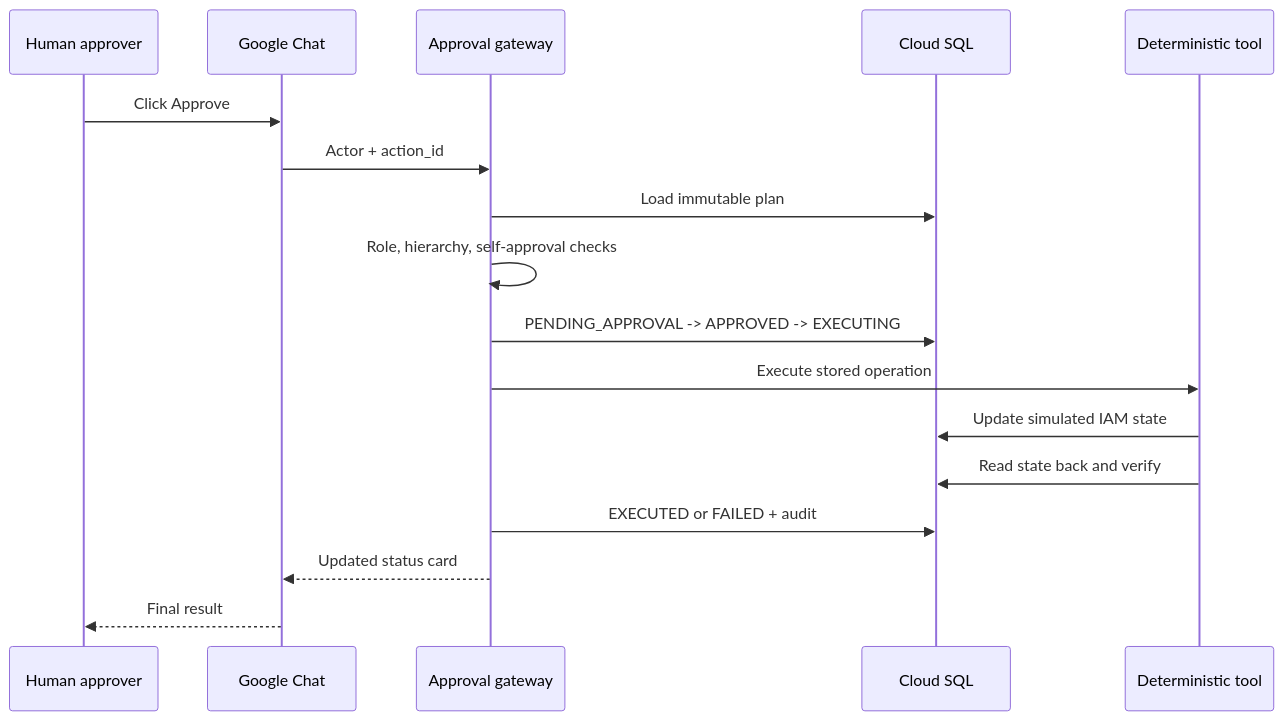
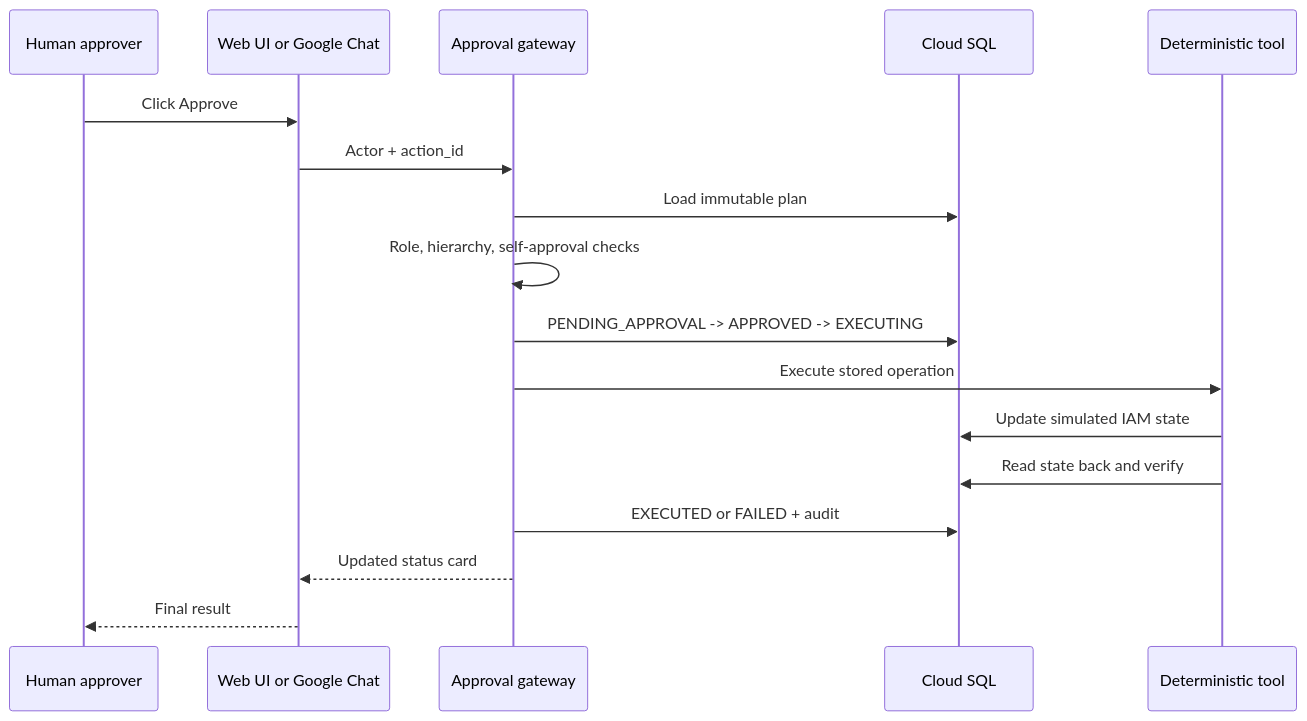
The second of 3 diagrams in ARCHITECTURE.md (sasidharmeka/iam-test), drawn with Mermaid before and after one commit. The commit also changed other lines of this file and 13 other files, not shown here.

````diff
--- a/ARCHITECTURE.md
+++ b/ARCHITECTURE.md
@@ -54,20 +54,20 @@
 ```mermaid
 sequenceDiagram
     participant H as Human approver
-    participant C as Google Chat
+    participant C as Web UI or Google Chat
     participant G as Approval gateway
     participant Q as Cloud SQL
     participant T as Deterministic tool
 
     H->>C: Click Approve
     C->>G: Actor + action_id
     G->>Q: Load immutable plan
     G->>G: Role, hierarchy, self-approval checks
     G->>Q: PENDING_APPROVAL -> APPROVED -> EXECUTING
     G->>T: Execute stored operation
     T->>Q: Update simulated IAM state
     T->>Q: Read state back and verify
     G->>Q: EXECUTED or FAILED + audit
     G-->>C: Updated status card
     C-->>H: Final result
 ```
````
